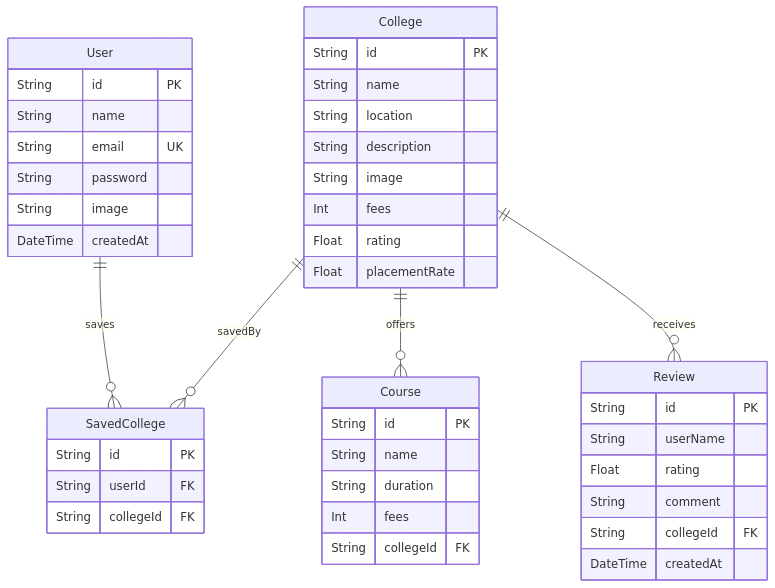
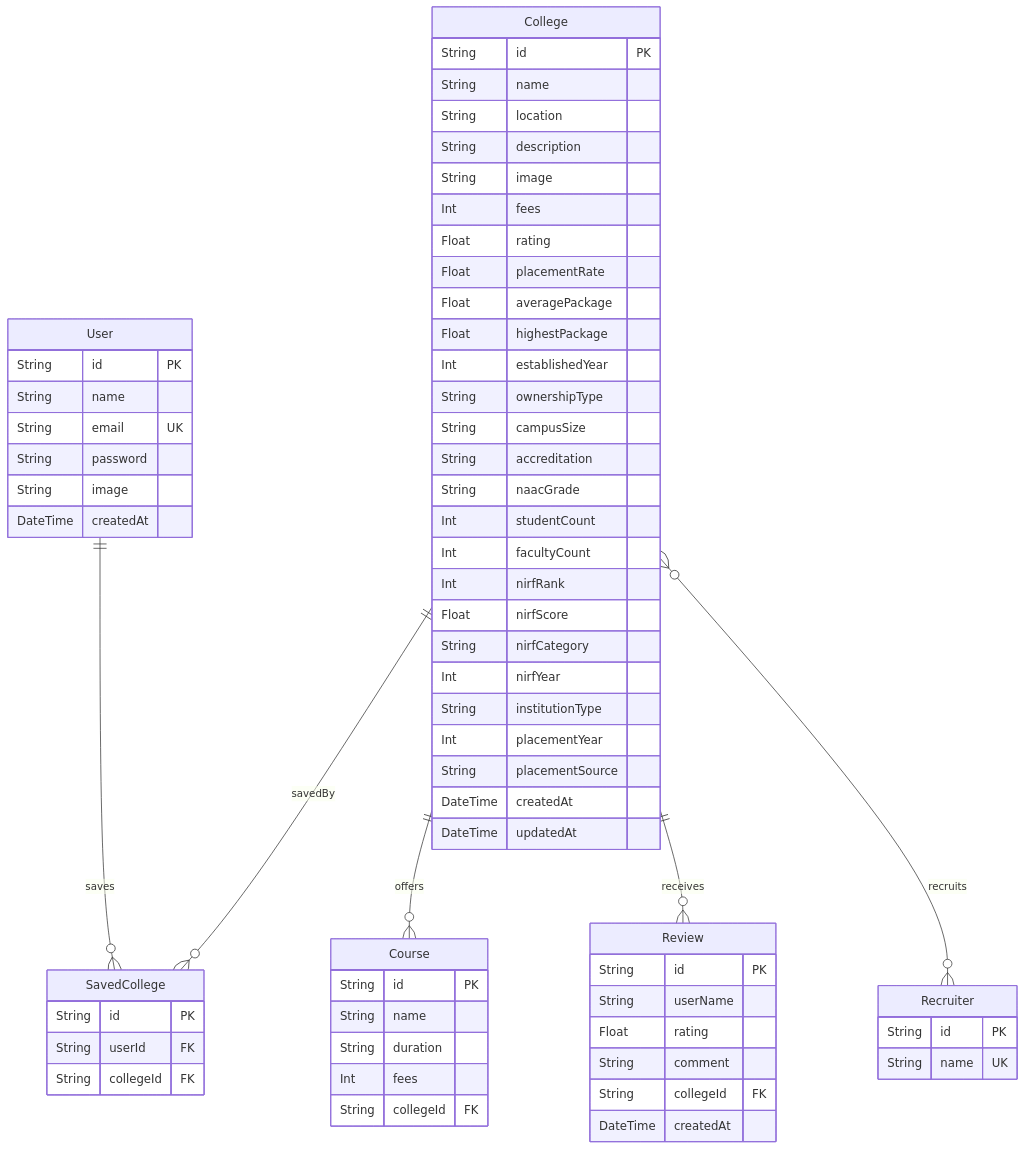
One commit to AnilMarneni/Campus_Compass changed the diagram in PROJECT_DOCUMENTATION.md. Above: the diagram before and after it, drawn with Mermaid. The commit also changed other lines of this file, not shown here.

````diff
--- a/PROJECT_DOCUMENTATION.md
+++ b/PROJECT_DOCUMENTATION.md
@@ -38,46 +57,69 @@
 ```mermaid
 erDiagram
     User {
         String id PK
         String name
         String email UK
         String password
         String image
         DateTime createdAt
     }
     College {
         String id PK
         String name
         String location
         String description
         String image
         Int fees
         Float rating
         Float placementRate
+        Float averagePackage
+        Float highestPackage
+        Int establishedYear
+        String ownershipType
+        String campusSize
+        String accreditation
+        String naacGrade
+        Int studentCount
+        Int facultyCount
+        Int nirfRank
+        Float nirfScore
+        String nirfCategory
+        Int nirfYear
+        String institutionType
+        Int placementYear
+        String placementSource
+        DateTime createdAt
+        DateTime updatedAt
+    }
+    Recruiter {
+        String id PK
+        String name UK
     }
     Course {
         String id PK
         String name
         String duration
         Int fees
         String collegeId FK
     }
     Review {
         String id PK
         String userName
         Float rating
         String comment
         String collegeId FK
         DateTime createdAt
     }
     SavedCollege {
         String id PK
         String userId FK
         String collegeId FK
     }
 
     User ||--o{ SavedCollege : "saves"
     College ||--o{ SavedCollege : "savedBy"
     College ||--o{ Course : "offers"
     College ||--o{ Review : "receives"
+    College }o--o{ Recruiter : "recruits"
 ```
````
